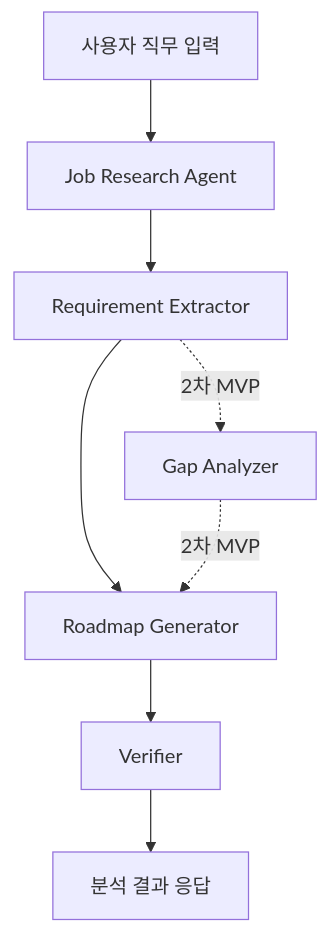
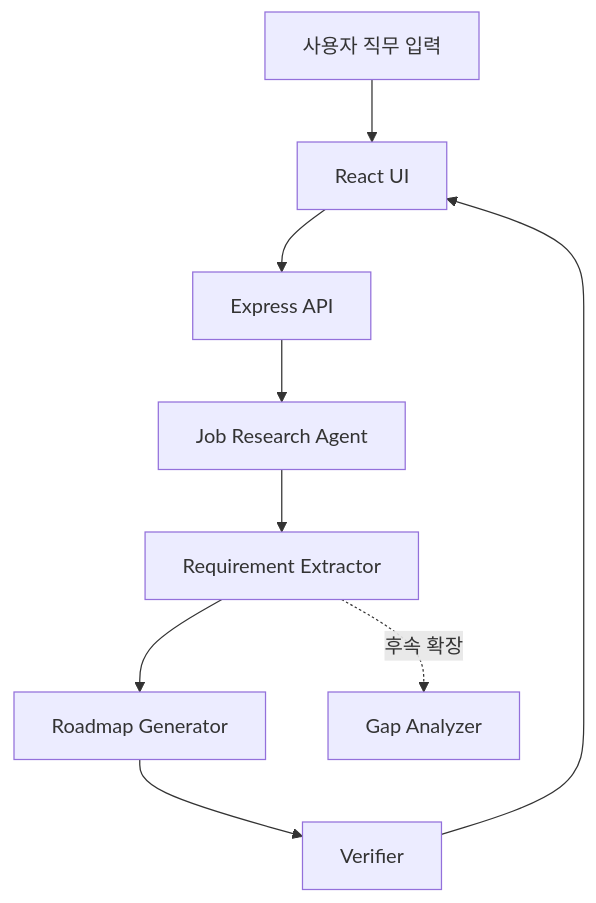
Before and after one commit to Mureung1/hub-showcase: the second of 3 diagrams in docs/architecture.md, drawn with Mermaid. The commit also changed other lines of this file and 6 other files, not shown here.

````diff
--- a/docs/architecture.md
+++ b/docs/architecture.md
@@ -13,11 +28,12 @@
 ```mermaid
 flowchart TD
-    A[사용자 직무 입력] --> B[Job Research Agent]
-    B --> C[Requirement Extractor]
-    C --> D[Roadmap Generator]
-    D --> E[Verifier]
-    E --> F[분석 결과 응답]
+    A[사용자 직무 입력] --> B[React UI]
+    B --> C[Express API]
+    C --> D[Job Research Agent]
+    D --> E[Requirement Extractor]
+    E --> F[Roadmap Generator]
+    F --> G[Verifier]
+    G --> B
 
-    C -. 2차 MVP .-> G[Gap Analyzer]
-    G -. 2차 MVP .-> D
+    E -. 후속 확장 .-> H[Gap Analyzer]
 ```
````
